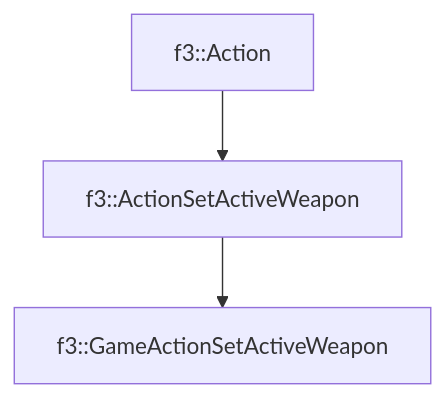
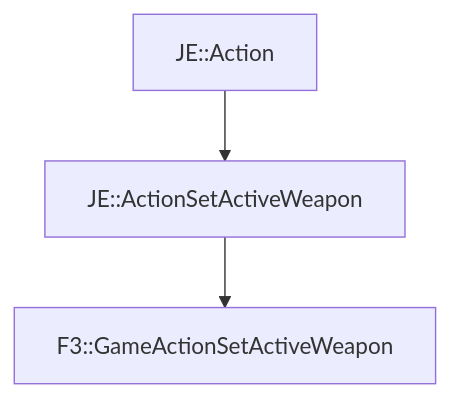
One commit to OpenJE/openvb changed the diagram in docs/f3/GameActionSetActiveWeapon.md. Above: the diagram before and after it, drawn with Mermaid. The commit also changed other lines of this file and 1399 other files, not shown here.

````diff
--- a/docs/f3/GameActionSetActiveWeapon.md
+++ b/docs/f3/GameActionSetActiveWeapon.md
@@ -17,5 +17,5 @@
 ```mermaid
 graph TD;
-    f3::Action --> f3::ActionSetActiveWeapon
-    f3::ActionSetActiveWeapon --> f3::GameActionSetActiveWeapon
+    JE::Action --> JE::ActionSetActiveWeapon
+    JE::ActionSetActiveWeapon --> F3::GameActionSetActiveWeapon
 ```
````
